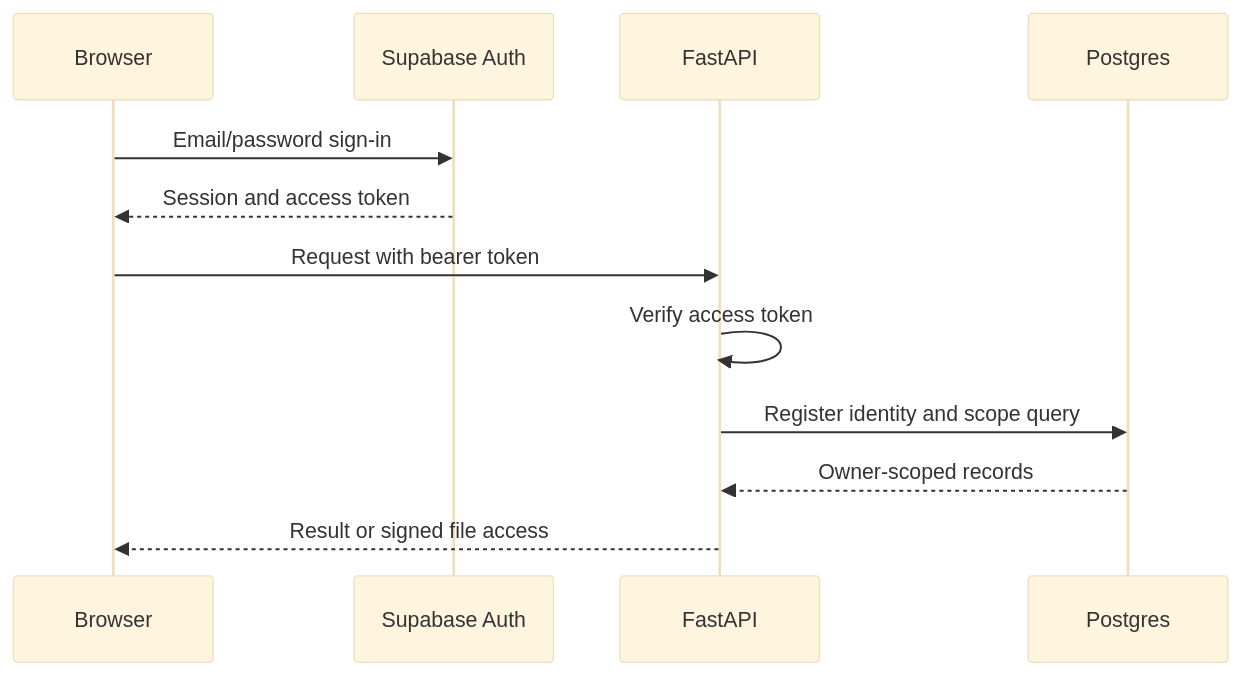
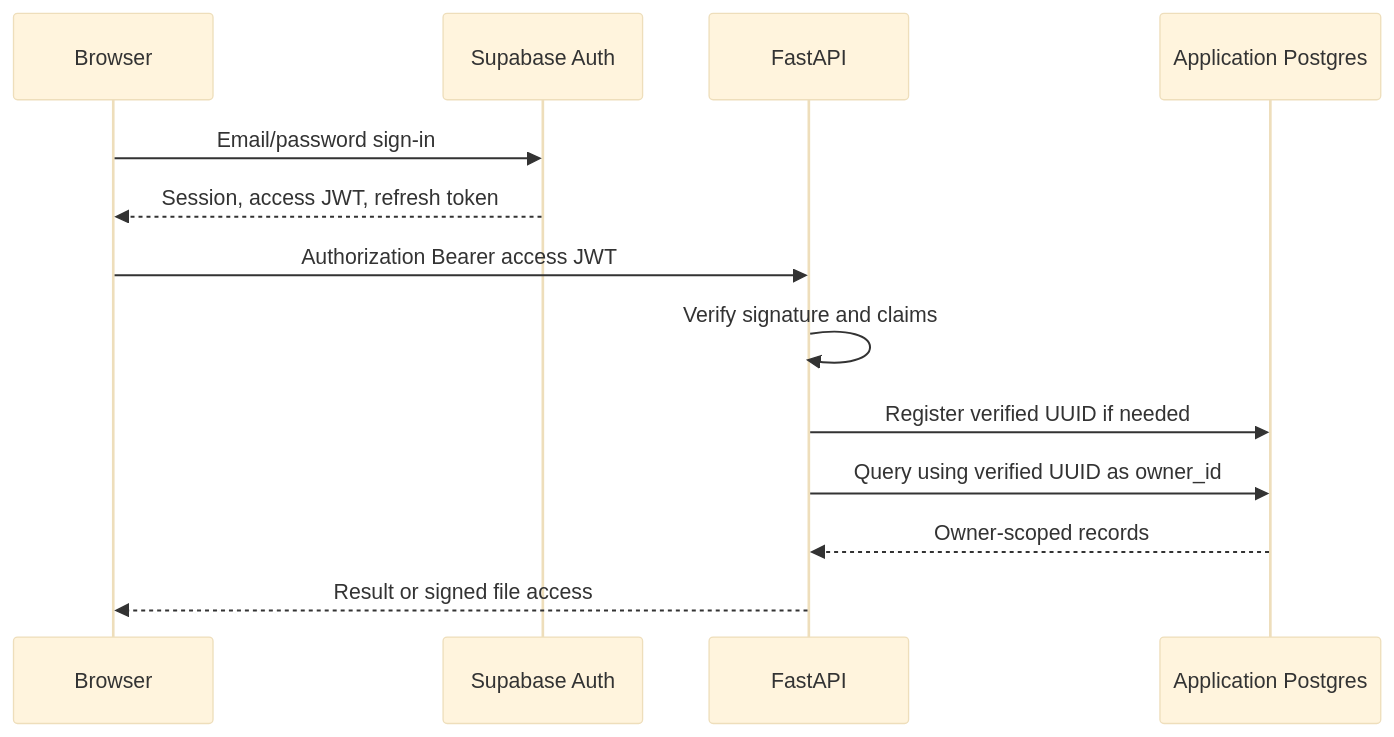
Before and after one commit to rabhishek100/agentic_study_partner: the fourth of 4 diagrams in docs/architecture.md, drawn with Mermaid (base theme). The commit also changed other lines of this file, not shown here.

Commit message:
Explain Supabase JWT authentication with Railway Postgres

````diff
--- a/docs/architecture.md
+++ b/docs/architecture.md
@@ -89,14 +89,15 @@
 ```mermaid
 sequenceDiagram
     participant UI as Browser
     participant Auth as Supabase Auth
     participant API as FastAPI
-    participant DB as Postgres
+    participant DB as Application Postgres
     UI->>Auth: Email/password sign-in
-    Auth-->>UI: Session and access token
-    UI->>API: Request with bearer token
-    API->>API: Verify access token
-    API->>DB: Register identity and scope query
+    Auth-->>UI: Session, access JWT, refresh token
+    UI->>API: Authorization Bearer access JWT
+    API->>API: Verify signature and claims
+    API->>DB: Register verified UUID if needed
+    API->>DB: Query using verified UUID as owner_id
     DB-->>API: Owner-scoped records
     API-->>UI: Result or signed file access
 ```
````
